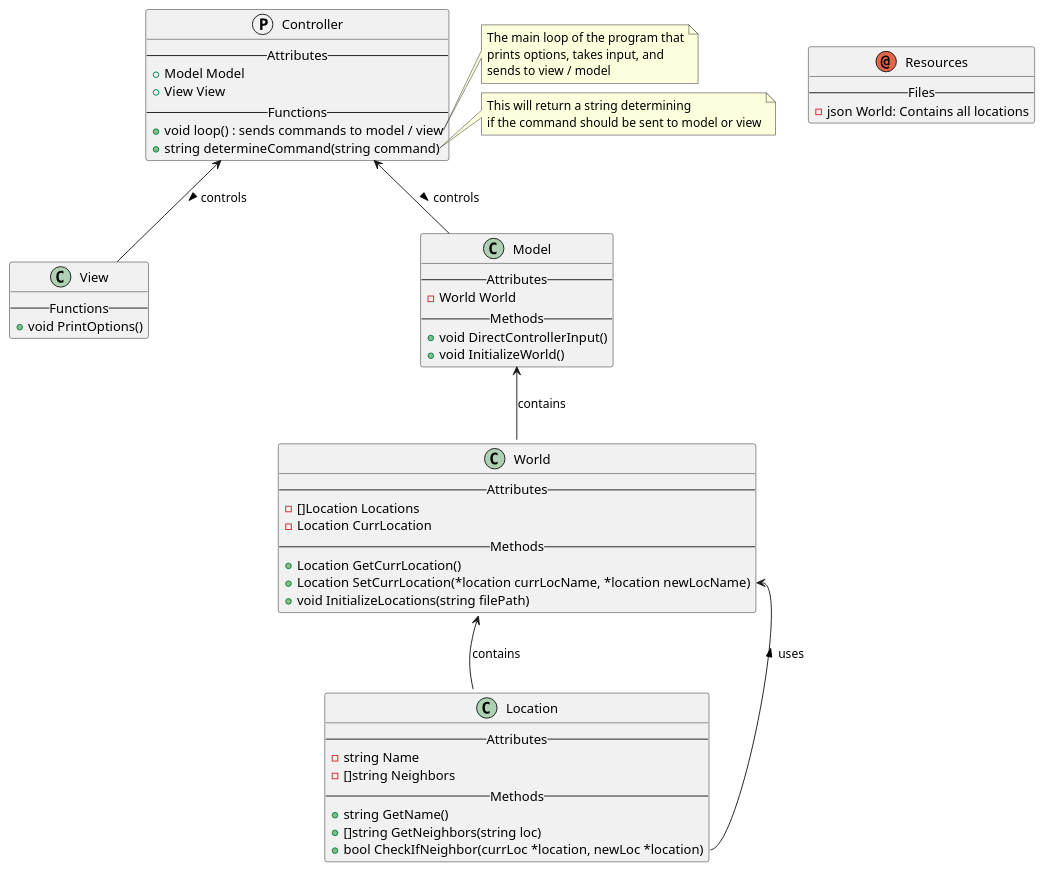
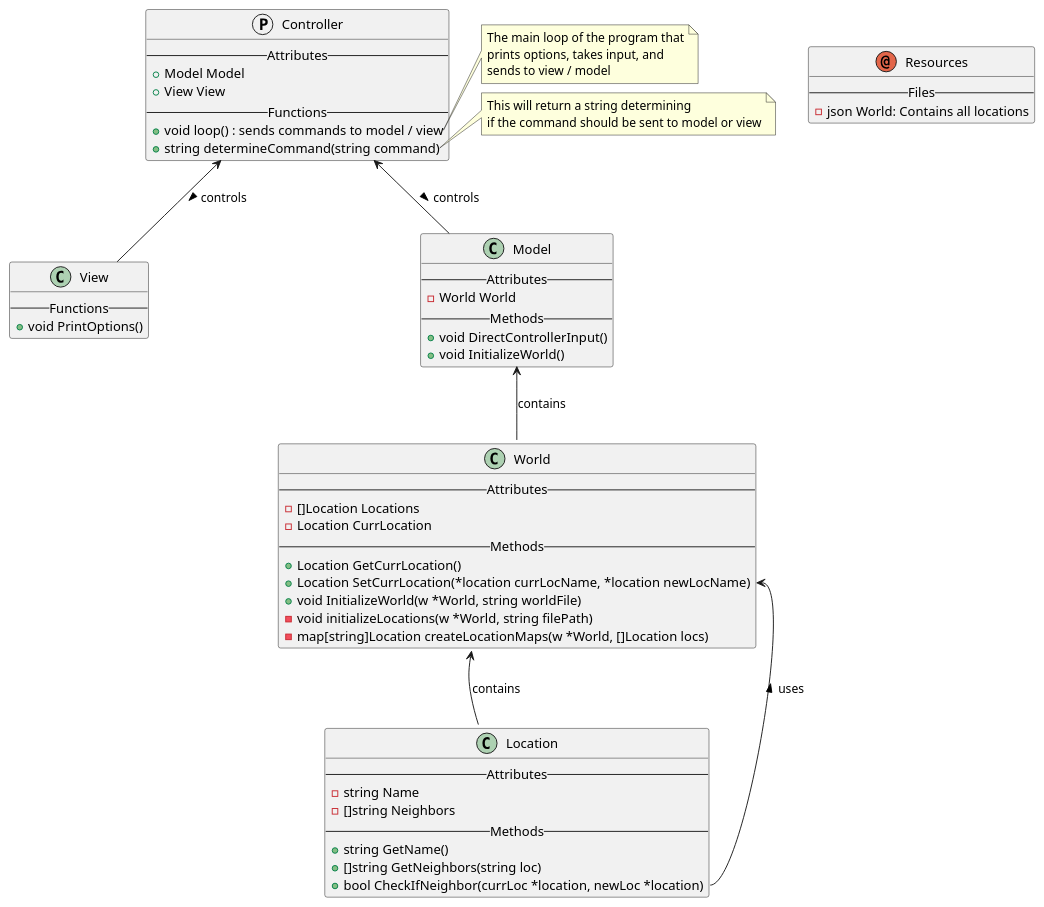
The diagram in diagram.puml (Charlemagne44/GoAdventure), drawn with PlantUML before and after one commit.

Commit message:
diagram update

```diff
--- a/diagram.puml
+++ b/diagram.puml
@@ -1,80 +1,81 @@
 @startuml class_diagram
 protocol   Controller {
     --Attributes--
     + Model Model
     + View View
     --Functions--
     + void loop() : sends commands to model / view
     + string determineCommand(string command)
 }
 note right of Controller::loop
     The main loop of the program that
     prints options, takes input, and
     sends to view / model
 end note
 note right of Controller::determineCommand
     This will return a string determining
     if the command should be sent to model or view
 end note
 
 class   View {
     --Functions--
     + void PrintOptions()
 }
 note right of View::printOptions
     Prints all the viable options
     depending on the player location
     and items that may be there
 end note
 
 class   Model {
     --Attributes--
     - World World
     --Methods--
     + void DirectControllerInput()
     + void InitializeWorld()
 }
 note right of Model::directControllerInput
     Takes command from controller 
     and directs to proper model
     methods
 end note
 
 class World {
     --Attributes--
     - []Location Locations
     - Location CurrLocation
     --Methods--
     + Location GetCurrLocation()
     + Location SetCurrLocation(*location currLocName, *location newLocName)
-    /'- void CreateLocation(string filename)'/
-    + void InitializeLocations(string filePath)
+    + void InitializeWorld(w *World, string worldFile)
+    - void initializeLocations(w *World, string filePath)
+    - map[string]Location createLocationMaps(w *World, []Location locs)
 }
 note right of World::createLocations
     Takes JSON input to create locations
     for the worlds to be used
 end note
 
 class Location {
     --Attributes--
     - string Name 
     - []string Neighbors
     --Methods--
     + string GetName()
     + []string GetNeighbors(string loc)
     + bool CheckIfNeighbor(currLoc *location, newLoc *location)
 }
 
 annotation Resources {
     --Files--
     - json World: Contains all locations
 }
 
 Controller <-- Model : controls >
 Controller <-- View : controls >
 Model <-- World : contains
 World <-- Location : contains
 World::SetCurrLocation <-- Location::CheckIfNeighbor : uses <
 
 
 @enduml
```
